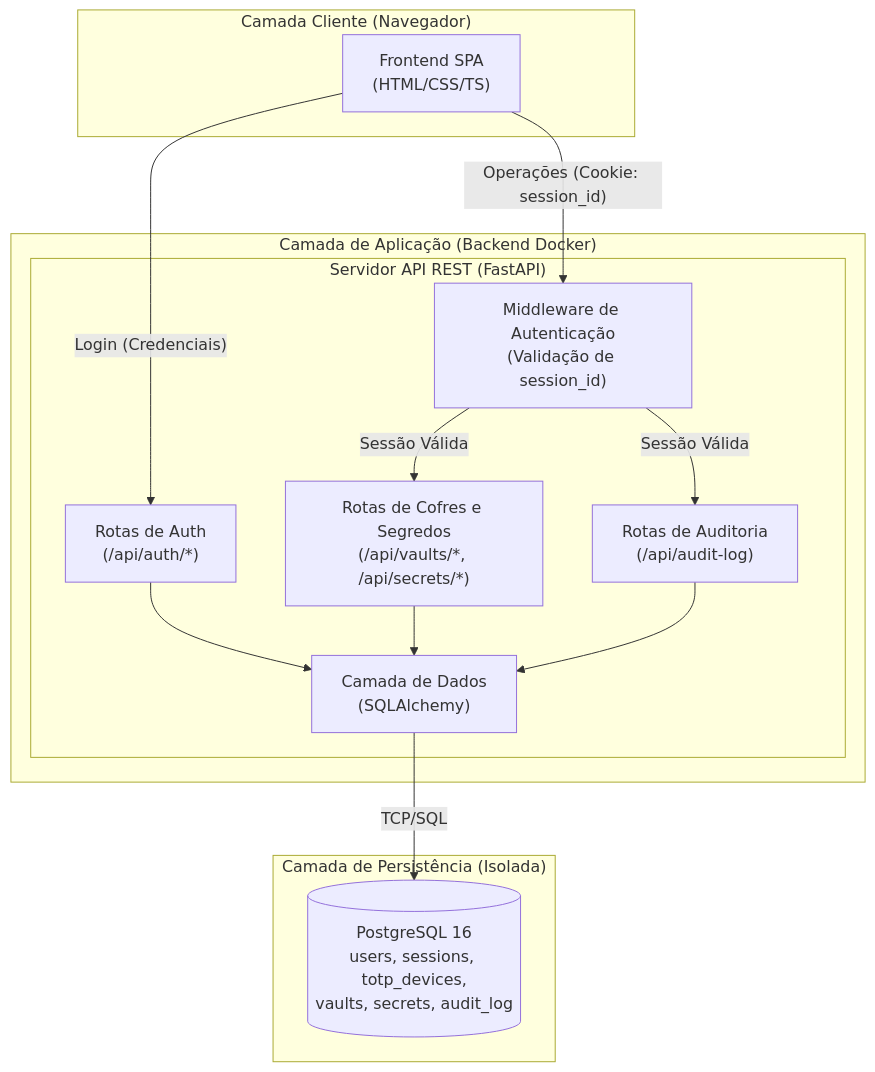
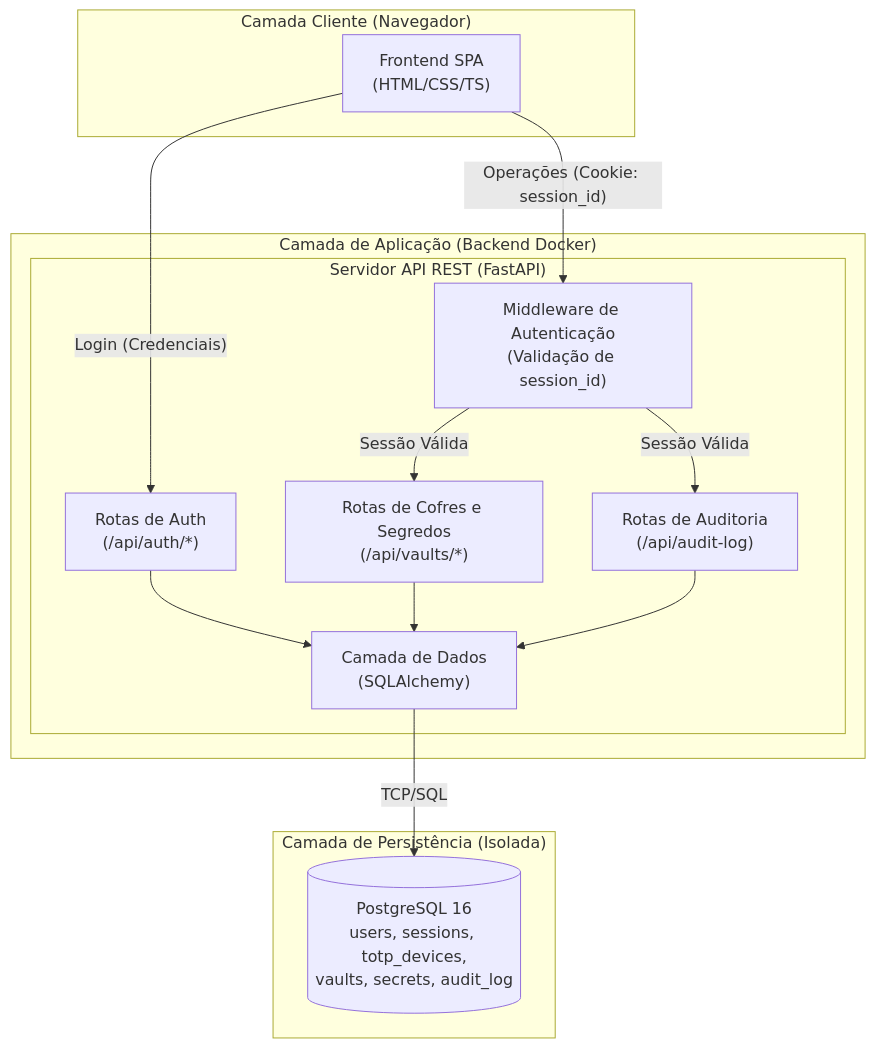
The first of 3 diagrams in docs/arquitetura.md (conviso-academy/web-keyring), drawn with Mermaid before and after one commit. The commit also changed other lines of this file, not shown here.

Commit message:
feat(docs): update architecture documentation to reflect API route changes and database model enhancements for soft delete

````diff
--- a/docs/arquitetura.md
+++ b/docs/arquitetura.md
@@ -15,38 +15,38 @@
 ```mermaid
 flowchart TD
     subgraph ClientLayer ["Camada Cliente (Navegador)"]
         SPA["Frontend SPA<br>(HTML/CSS/TS)"]
     end
 
     subgraph AppLayer ["Camada de Aplicação (Backend Docker)"]
         subgraph FastAPI ["Servidor API REST (FastAPI)"]
             AuthMid["Middleware de Autenticação<br>(Validação de session_id)"]
             RouterAuth["Rotas de Auth<br>(/api/auth/*)"]
-            RouterVaults["Rotas de Cofres e Segredos<br>(/api/vaults/*, /api/secrets/*)"]
+            RouterVaults["Rotas de Cofres e Segredos<br>(/api/vaults/*)"]
             RouterAudit["Rotas de Auditoria<br>(/api/audit-log)"]
             ORM["Camada de Dados<br>(SQLAlchemy)"]
         end
     end
 
     subgraph DBLayer ["Camada de Persistência (Isolada)"]
         DB[("PostgreSQL 16<br>users, sessions, totp_devices,<br>vaults, secrets, audit_log")]
     end
 
     %% Relacionamentos Front -> API
     SPA -- "Login (Credenciais)" --> RouterAuth
     SPA -- "Operações (Cookie: session_id)" --> AuthMid
 
     %% Roteamento Interno
     AuthMid -- "Sessão Válida" --> RouterVaults
     AuthMid -- "Sessão Válida" --> RouterAudit
 
     %% Relacionamentos API -> ORM
     RouterAuth --> ORM
     RouterVaults --> ORM
     RouterAudit --> ORM
 
     %% Relacionamentos ORM -> DB
     ORM -- "TCP/SQL" --> DB
 
     %% Estilização delegada ao tema nativo para garantir o contraste.
 ```
````
